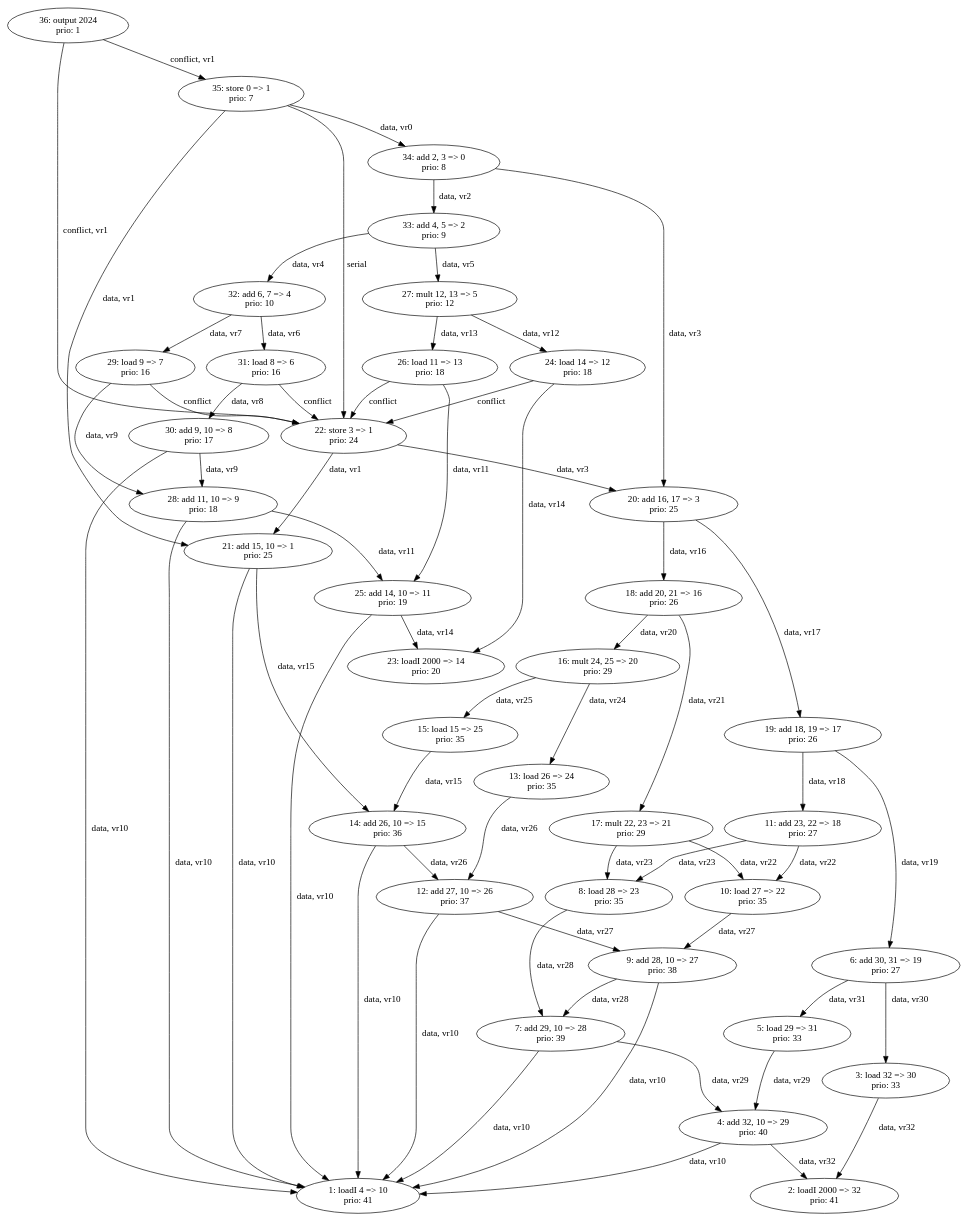
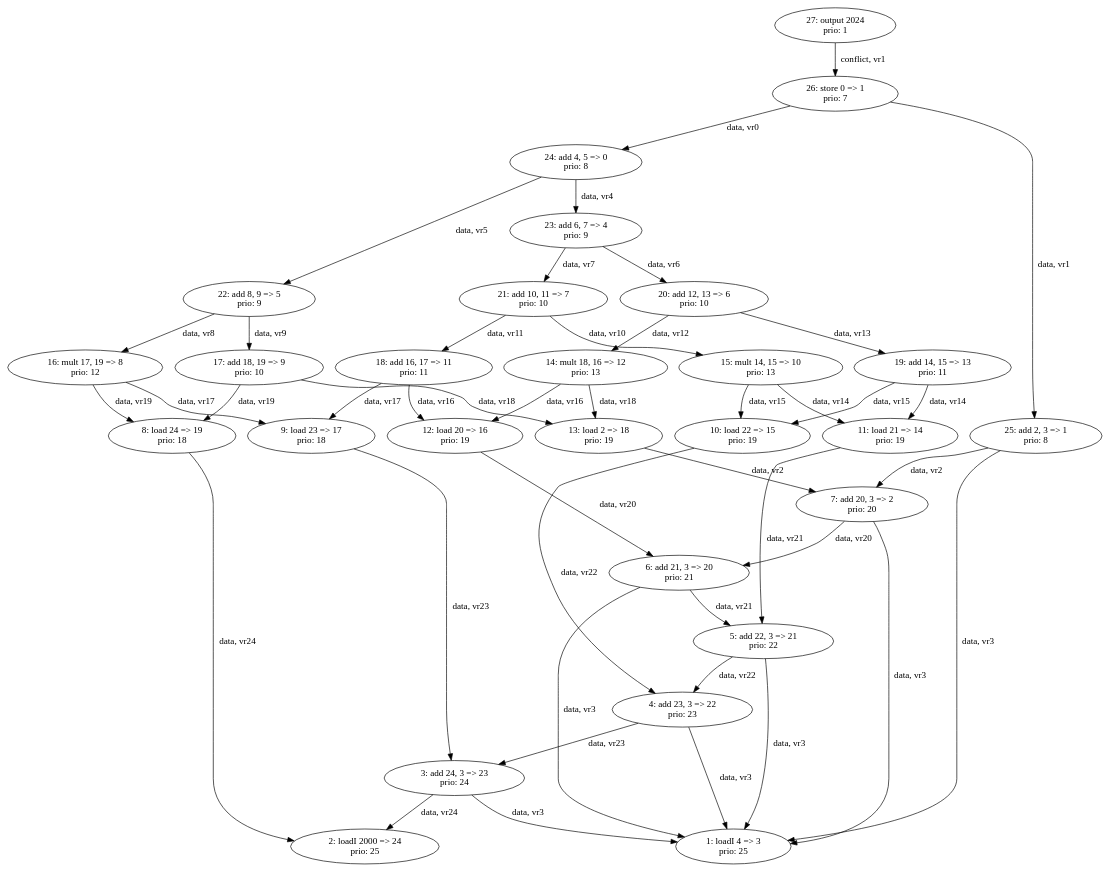
Before and after one commit to sarahluan11/COMP-412-Lab-3: the diagram in lab3_dependence_graph.dot, drawn with Graphviz. The commit also changed 5 other files, not shown here.

```diff
--- a/lab3_dependence_graph.dot
+++ b/lab3_dependence_graph.dot
@@ -1,99 +1,72 @@
 digraph DependenceGraph {
-    "140630521961160" [label="1: loadI 4 => 10\nprio: 41"];
-    "140630521961216" [label="2: loadI 2000 => 32\nprio: 41"];
-    "140630521961272" [label="3: load 32 => 30\nprio: 33"];
-    "140630521961328" [label="4: add 32, 10 => 29\nprio: 40"];
-    "140630521961384" [label="5: load 29 => 31\nprio: 33"];
-    "140630521961440" [label="6: add 30, 31 => 19\nprio: 27"];
-    "140630521961496" [label="7: add 29, 10 => 28\nprio: 39"];
-    "140630521961552" [label="8: load 28 => 23\nprio: 35"];
-    "140630521961608" [label="9: add 28, 10 => 27\nprio: 38"];
-    "140630521961664" [label="10: load 27 => 22\nprio: 35"];
-    "140630521961720" [label="11: add 23, 22 => 18\nprio: 27"];
-    "140630521961776" [label="12: add 27, 10 => 26\nprio: 37"];
-    "140630521961832" [label="13: load 26 => 24\nprio: 35"];
-    "140630521961888" [label="14: add 26, 10 => 15\nprio: 36"];
-    "140630521961944" [label="15: load 15 => 25\nprio: 35"];
-    "140630521962000" [label="16: mult 24, 25 => 20\nprio: 29"];
-    "140630521962056" [label="17: mult 22, 23 => 21\nprio: 29"];
-    "140630521962112" [label="18: add 20, 21 => 16\nprio: 26"];
-    "140630521962168" [label="19: add 18, 19 => 17\nprio: 26"];
-    "140630521962224" [label="20: add 16, 17 => 3\nprio: 25"];
-    "140630521962280" [label="21: add 15, 10 => 1\nprio: 25"];
-    "140630521962336" [label="22: store 3 => 1\nprio: 24"];
-    "140630521962392" [label="23: loadI 2000 => 14\nprio: 20"];
-    "140630521962448" [label="24: load 14 => 12\nprio: 18"];
-    "140630521983048" [label="25: add 14, 10 => 11\nprio: 19"];
-    "140630521983104" [label="26: load 11 => 13\nprio: 18"];
-    "140630521983160" [label="27: mult 12, 13 => 5\nprio: 12"];
-    "140630521983216" [label="28: add 11, 10 => 9\nprio: 18"];
-    "140630521983272" [label="29: load 9 => 7\nprio: 16"];
-    "140630521983328" [label="30: add 9, 10 => 8\nprio: 17"];
-    "140630521983384" [label="31: load 8 => 6\nprio: 16"];
-    "140630521983440" [label="32: add 6, 7 => 4\nprio: 10"];
-    "140630521983496" [label="33: add 4, 5 => 2\nprio: 9"];
-    "140630521983552" [label="34: add 2, 3 => 0\nprio: 8"];
-    "140630521983608" [label="35: store 0 => 1\nprio: 7"];
-    "140630521983664" [label="36: output 2024\nprio: 1"];
-    "140630521961272" -> "140630521961216" [label="data, vr32"];
-    "140630521961328" -> "140630521961216" [label="data, vr32"];
-    "140630521961328" -> "140630521961160" [label="data, vr10"];
-    "140630521961384" -> "140630521961328" [label="data, vr29"];
-    "140630521961440" -> "140630521961272" [label="data, vr30"];
-    "140630521961440" -> "140630521961384" [label="data, vr31"];
-    "140630521961496" -> "140630521961328" [label="data, vr29"];
-    "140630521961496" -> "140630521961160" [label="data, vr10"];
-    "140630521961552" -> "140630521961496" [label="data, vr28"];
-    "140630521961608" -> "140630521961496" [label="data, vr28"];
-    "140630521961608" -> "140630521961160" [label="data, vr10"];
-    "140630521961664" -> "140630521961608" [label="data, vr27"];
-    "140630521961720" -> "140630521961552" [label="data, vr23"];
-    "140630521961720" -> "140630521961664" [label="data, vr22"];
-    "140630521961776" -> "140630521961608" [label="data, vr27"];
-    "140630521961776" -> "140630521961160" [label="data, vr10"];
-    "140630521961832" -> "140630521961776" [label="data, vr26"];
-    "140630521961888" -> "140630521961776" [label="data, vr26"];
-    "140630521961888" -> "140630521961160" [label="data, vr10"];
-    "140630521961944" -> "140630521961888" [label="data, vr15"];
-    "140630521962000" -> "140630521961832" [label="data, vr24"];
-    "140630521962000" -> "140630521961944" [label="data, vr25"];
-    "140630521962056" -> "140630521961664" [label="data, vr22"];
-    "140630521962056" -> "140630521961552" [label="data, vr23"];
-    "140630521962112" -> "140630521962000" [label="data, vr20"];
-    "140630521962112" -> "140630521962056" [label="data, vr21"];
-    "140630521962168" -> "140630521961720" [label="data, vr18"];
-    "140630521962168" -> "140630521961440" [label="data, vr19"];
-    "140630521962224" -> "140630521962112" [label="data, vr16"];
-    "140630521962224" -> "140630521962168" [label="data, vr17"];
-    "140630521962280" -> "140630521961888" [label="data, vr15"];
-    "140630521962280" -> "140630521961160" [label="data, vr10"];
-    "140630521962336" -> "140630521962224" [label="data, vr3"];
-    "140630521962336" -> "140630521962280" [label="data, vr1"];
-    "140630521962448" -> "140630521962392" [label="data, vr14"];
-    "140630521962448" -> "140630521962336" [label="conflict"];
-    "140630521983048" -> "140630521962392" [label="data, vr14"];
-    "140630521983048" -> "140630521961160" [label="data, vr10"];
-    "140630521983104" -> "140630521983048" [label="data, vr11"];
-    "140630521983104" -> "140630521962336" [label="conflict"];
-    "140630521983160" -> "140630521962448" [label="data, vr12"];
-    "140630521983160" -> "140630521983104" [label="data, vr13"];
-    "140630521983216" -> "140630521983048" [label="data, vr11"];
-    "140630521983216" -> "140630521961160" [label="data, vr10"];
-    "140630521983272" -> "140630521983216" [label="data, vr9"];
-    "140630521983272" -> "140630521962336" [label="conflict"];
-    "140630521983328" -> "140630521983216" [label="data, vr9"];
-    "140630521983328" -> "140630521961160" [label="data, vr10"];
-    "140630521983384" -> "140630521983328" [label="data, vr8"];
-    "140630521983384" -> "140630521962336" [label="conflict"];
-    "140630521983440" -> "140630521983384" [label="data, vr6"];
-    "140630521983440" -> "140630521983272" [label="data, vr7"];
-    "140630521983496" -> "140630521983440" [label="data, vr4"];
-    "140630521983496" -> "140630521983160" [label="data, vr5"];
-    "140630521983552" -> "140630521983496" [label="data, vr2"];
-    "140630521983552" -> "140630521962224" [label="data, vr3"];
-    "140630521983608" -> "140630521983552" [label="data, vr0"];
-    "140630521983608" -> "140630521962280" [label="data, vr1"];
-    "140630521983608" -> "140630521962336" [label="serial"];
-    "140630521983664" -> "140630521962336" [label="conflict, vr1"];
-    "140630521983664" -> "140630521983608" [label="conflict, vr1"];
+    "139846148022848" [label="1: loadI 4 => 3\nprio: 25"];
+    "139846148022904" [label="2: loadI 2000 => 24\nprio: 25"];
+    "139846148022960" [label="3: add 24, 3 => 23\nprio: 24"];
+    "139846148023016" [label="4: add 23, 3 => 22\nprio: 23"];
+    "139846148023072" [label="5: add 22, 3 => 21\nprio: 22"];
+    "139846148023128" [label="6: add 21, 3 => 20\nprio: 21"];
+    "139846148023184" [label="7: add 20, 3 => 2\nprio: 20"];
+    "139846148023240" [label="8: load 24 => 19\nprio: 18"];
+    "139846148023296" [label="9: load 23 => 17\nprio: 18"];
+    "139846148023352" [label="10: load 22 => 15\nprio: 19"];
+    "139846148023408" [label="11: load 21 => 14\nprio: 19"];
+    "139846148023464" [label="12: load 20 => 16\nprio: 19"];
+    "139846148023520" [label="13: load 2 => 18\nprio: 19"];
+    "139846148023576" [label="14: mult 18, 16 => 12\nprio: 13"];
+    "139846148023632" [label="15: mult 14, 15 => 10\nprio: 13"];
+    "139846148023688" [label="16: mult 17, 19 => 8\nprio: 12"];
+    "139846148023744" [label="17: add 18, 19 => 9\nprio: 10"];
+    "139846148023800" [label="18: add 16, 17 => 11\nprio: 11"];
+    "139846148023856" [label="19: add 14, 15 => 13\nprio: 11"];
+    "139846148023912" [label="20: add 12, 13 => 6\nprio: 10"];
+    "139846148023968" [label="21: add 10, 11 => 7\nprio: 10"];
+    "139846148024024" [label="22: add 8, 9 => 5\nprio: 9"];
+    "139846148024080" [label="23: add 6, 7 => 4\nprio: 9"];
+    "139846148024136" [label="24: add 4, 5 => 0\nprio: 8"];
+    "139846148024192" [label="25: add 2, 3 => 1\nprio: 8"];
+    "139846148024248" [label="26: store 0 => 1\nprio: 7"];
+    "139846148024304" [label="27: output 2024\nprio: 1"];
+    "139846148022960" -> "139846148022904" [label="data, vr24"];
+    "139846148022960" -> "139846148022848" [label="data, vr3"];
+    "139846148023016" -> "139846148022960" [label="data, vr23"];
+    "139846148023016" -> "139846148022848" [label="data, vr3"];
+    "139846148023072" -> "139846148023016" [label="data, vr22"];
+    "139846148023072" -> "139846148022848" [label="data, vr3"];
+    "139846148023128" -> "139846148023072" [label="data, vr21"];
+    "139846148023128" -> "139846148022848" [label="data, vr3"];
+    "139846148023184" -> "139846148023128" [label="data, vr20"];
+    "139846148023184" -> "139846148022848" [label="data, vr3"];
+    "139846148023240" -> "139846148022904" [label="data, vr24"];
+    "139846148023296" -> "139846148022960" [label="data, vr23"];
+    "139846148023352" -> "139846148023016" [label="data, vr22"];
+    "139846148023408" -> "139846148023072" [label="data, vr21"];
+    "139846148023464" -> "139846148023128" [label="data, vr20"];
+    "139846148023520" -> "139846148023184" [label="data, vr2"];
+    "139846148023576" -> "139846148023520" [label="data, vr18"];
+    "139846148023576" -> "139846148023464" [label="data, vr16"];
+    "139846148023632" -> "139846148023408" [label="data, vr14"];
+    "139846148023632" -> "139846148023352" [label="data, vr15"];
+    "139846148023688" -> "139846148023296" [label="data, vr17"];
+    "139846148023688" -> "139846148023240" [label="data, vr19"];
+    "139846148023744" -> "139846148023520" [label="data, vr18"];
+    "139846148023744" -> "139846148023240" [label="data, vr19"];
+    "139846148023800" -> "139846148023464" [label="data, vr16"];
+    "139846148023800" -> "139846148023296" [label="data, vr17"];
+    "139846148023856" -> "139846148023408" [label="data, vr14"];
+    "139846148023856" -> "139846148023352" [label="data, vr15"];
+    "139846148023912" -> "139846148023576" [label="data, vr12"];
+    "139846148023912" -> "139846148023856" [label="data, vr13"];
+    "139846148023968" -> "139846148023632" [label="data, vr10"];
+    "139846148023968" -> "139846148023800" [label="data, vr11"];
+    "139846148024024" -> "139846148023688" [label="data, vr8"];
+    "139846148024024" -> "139846148023744" [label="data, vr9"];
+    "139846148024080" -> "139846148023912" [label="data, vr6"];
+    "139846148024080" -> "139846148023968" [label="data, vr7"];
+    "139846148024136" -> "139846148024080" [label="data, vr4"];
+    "139846148024136" -> "139846148024024" [label="data, vr5"];
+    "139846148024192" -> "139846148023184" [label="data, vr2"];
+    "139846148024192" -> "139846148022848" [label="data, vr3"];
+    "139846148024248" -> "139846148024136" [label="data, vr0"];
+    "139846148024248" -> "139846148024192" [label="data, vr1"];
+    "139846148024304" -> "139846148024248" [label="conflict, vr1"];
 }
```
